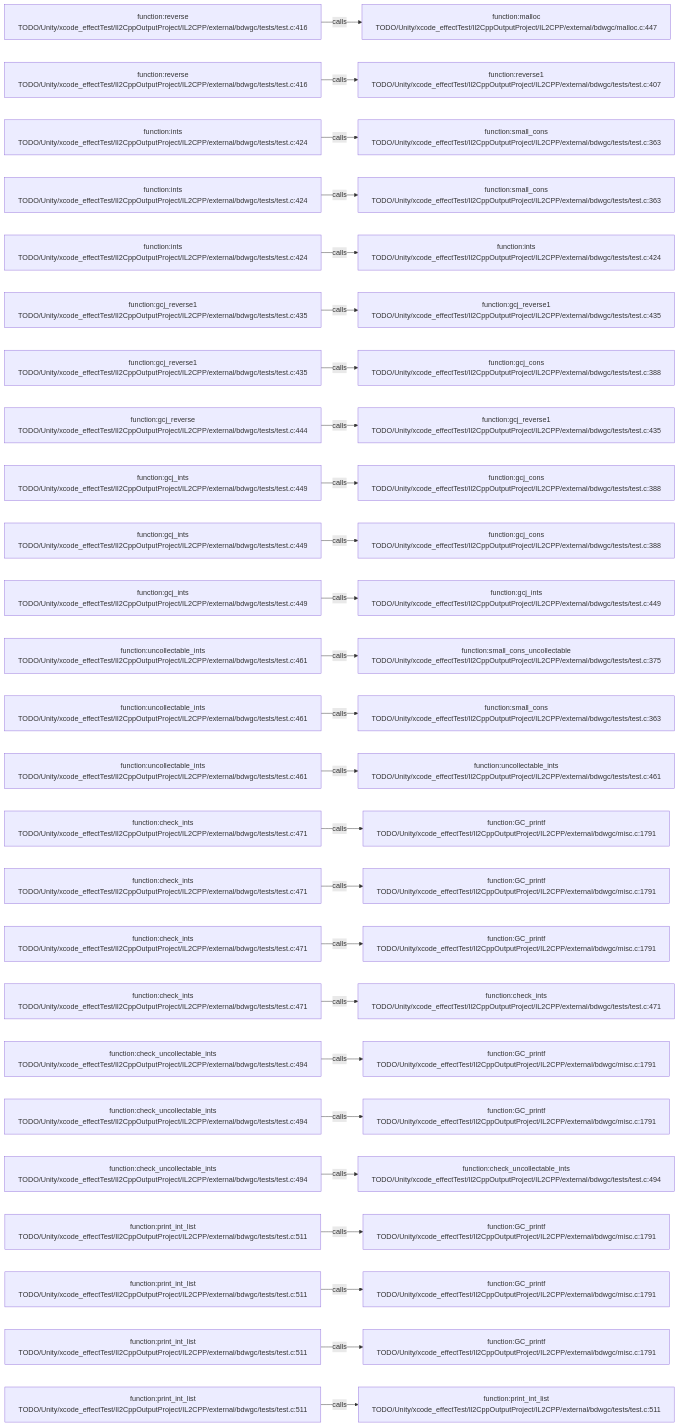
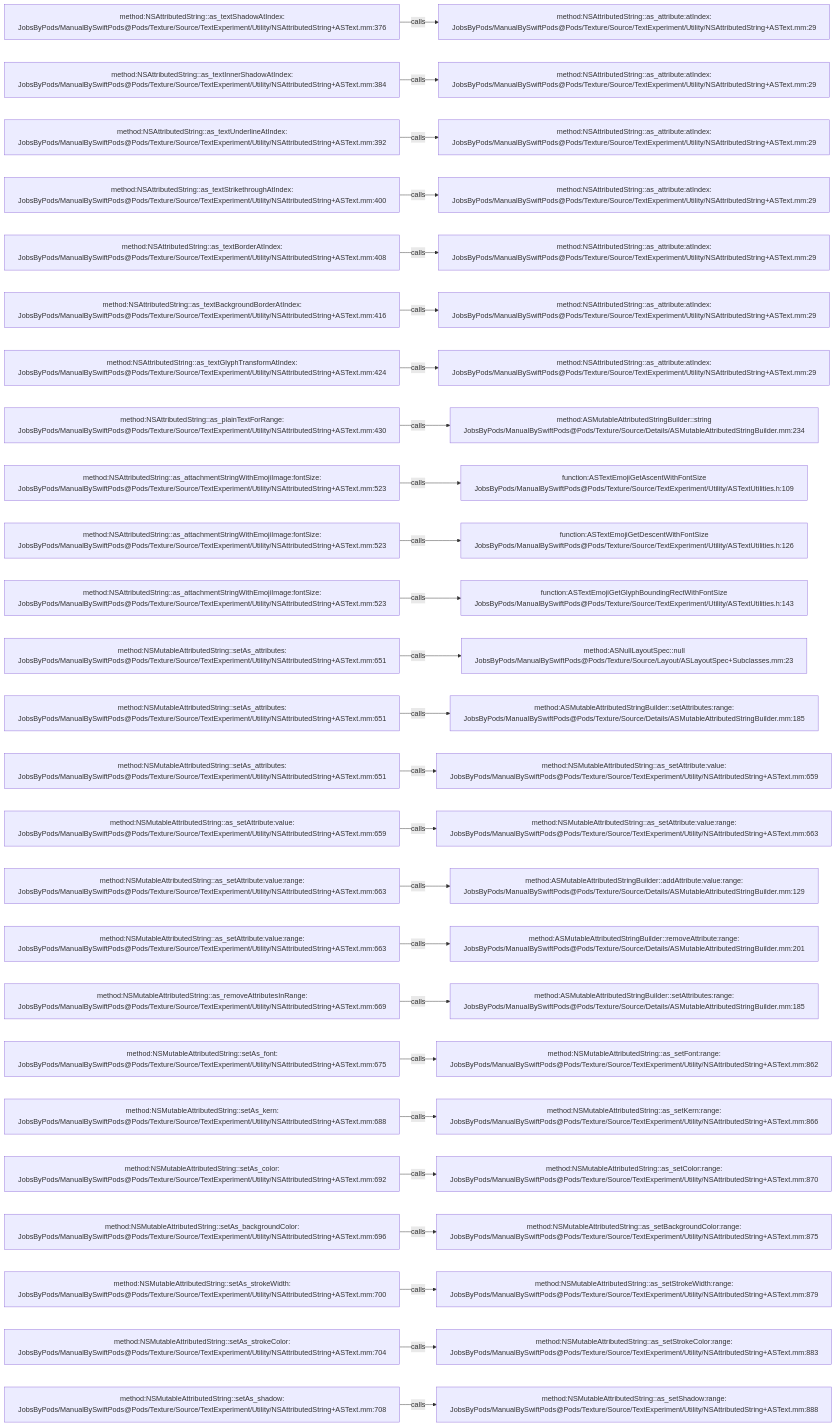
Before and after one commit to JobsKits/JobsSwiftBaseConfigDemo: the diagram in .codegraph/codegraph.md/graphs/calls-162.md, drawn with Mermaid. The commit also changed 2959 other files, not shown here.

````diff
--- a/.codegraph/codegraph.md/graphs/calls-162.md
+++ b/.codegraph/codegraph.md/graphs/calls-162.md
@@ -13,78 +13,78 @@
 ```mermaid
 flowchart LR
-  S1["function:reverse<br/>TODO/Unity/xcode_effectTest/Il2CppOutputProject/IL2CPP/external/bdwgc/tests/test.c:416"]
-  T1["function:malloc<br/>TODO/Unity/xcode_effectTest/Il2CppOutputProject/IL2CPP/external/bdwgc/malloc.c:447"]
+  S1["method:NSAttributedString::as_textShadowAtIndex:<br/>JobsByPods/ManualBySwiftPods@Pods/Texture/Source/TextExperiment/Utility/NSAttributedString+ASText.mm:376"]
+  T1["method:NSAttributedString::as_attribute:atIndex:<br/>JobsByPods/ManualBySwiftPods@Pods/Texture/Source/TextExperiment/Utility/NSAttributedString+ASText.mm:29"]
   S1 -->|calls| T1
-  S2["function:reverse<br/>TODO/Unity/xcode_effectTest/Il2CppOutputProject/IL2CPP/external/bdwgc/tests/test.c:416"]
-  T2["function:reverse1<br/>TODO/Unity/xcode_effectTest/Il2CppOutputProject/IL2CPP/external/bdwgc/tests/test.c:407"]
+  S2["method:NSAttributedString::as_textInnerShadowAtIndex:<br/>JobsByPods/ManualBySwiftPods@Pods/Texture/Source/TextExperiment/Utility/NSAttributedString+ASText.mm:384"]
+  T2["method:NSAttributedString::as_attribute:atIndex:<br/>JobsByPods/ManualBySwiftPods@Pods/Texture/Source/TextExperiment/Utility/NSAttributedString+ASText.mm:29"]
   S2 -->|calls| T2
-  S3["function:ints<br/>TODO/Unity/xcode_effectTest/Il2CppOutputProject/IL2CPP/external/bdwgc/tests/test.c:424"]
-  T3["function:small_cons<br/>TODO/Unity/xcode_effectTest/Il2CppOutputProject/IL2CPP/external/bdwgc/tests/test.c:363"]
+  S3["method:NSAttributedString::as_textUnderlineAtIndex:<br/>JobsByPods/ManualBySwiftPods@Pods/Texture/Source/TextExperiment/Utility/NSAttributedString+ASText.mm:392"]
+  T3["method:NSAttributedString::as_attribute:atIndex:<br/>JobsByPods/ManualBySwiftPods@Pods/Texture/Source/TextExperiment/Utility/NSAttributedString+ASText.mm:29"]
   S3 -->|calls| T3
-  S4["function:ints<br/>TODO/Unity/xcode_effectTest/Il2CppOutputProject/IL2CPP/external/bdwgc/tests/test.c:424"]
-  T4["function:small_cons<br/>TODO/Unity/xcode_effectTest/Il2CppOutputProject/IL2CPP/external/bdwgc/tests/test.c:363"]
+  S4["method:NSAttributedString::as_textStrikethroughAtIndex:<br/>JobsByPods/ManualBySwiftPods@Pods/Texture/Source/TextExperiment/Utility/NSAttributedString+ASText.mm:400"]
+  T4["method:NSAttributedString::as_attribute:atIndex:<br/>JobsByPods/ManualBySwiftPods@Pods/Texture/Source/TextExperiment/Utility/NSAttributedString+ASText.mm:29"]
   S4 -->|calls| T4
-  S5["function:ints<br/>TODO/Unity/xcode_effectTest/Il2CppOutputProject/IL2CPP/external/bdwgc/tests/test.c:424"]
-  T5["function:ints<br/>TODO/Unity/xcode_effectTest/Il2CppOutputProject/IL2CPP/external/bdwgc/tests/test.c:424"]
+  S5["method:NSAttributedString::as_textBorderAtIndex:<br/>JobsByPods/ManualBySwiftPods@Pods/Texture/Source/TextExperiment/Utility/NSAttributedString+ASText.mm:408"]
+  T5["method:NSAttributedString::as_attribute:atIndex:<br/>JobsByPods/ManualBySwiftPods@Pods/Texture/Source/TextExperiment/Utility/NSAttributedString+ASText.mm:29"]
   S5 -->|calls| T5
-  S6["function:gcj_reverse1<br/>TODO/Unity/xcode_effectTest/Il2CppOutputProject/IL2CPP/external/bdwgc/tests/test.c:435"]
-  T6["function:gcj_reverse1<br/>TODO/Unity/xcode_effectTest/Il2CppOutputProject/IL2CPP/external/bdwgc/tests/test.c:435"]
+  S6["method:NSAttributedString::as_textBackgroundBorderAtIndex:<br/>JobsByPods/ManualBySwiftPods@Pods/Texture/Source/TextExperiment/Utility/NSAttributedString+ASText.mm:416"]
+  T6["method:NSAttributedString::as_attribute:atIndex:<br/>JobsByPods/ManualBySwiftPods@Pods/Texture/Source/TextExperiment/Utility/NSAttributedString+ASText.mm:29"]
   S6 -->|calls| T6
-  S7["function:gcj_reverse1<br/>TODO/Unity/xcode_effectTest/Il2CppOutputProject/IL2CPP/external/bdwgc/tests/test.c:435"]
-  T7["function:gcj_cons<br/>TODO/Unity/xcode_effectTest/Il2CppOutputProject/IL2CPP/external/bdwgc/tests/test.c:388"]
+  S7["method:NSAttributedString::as_textGlyphTransformAtIndex:<br/>JobsByPods/ManualBySwiftPods@Pods/Texture/Source/TextExperiment/Utility/NSAttributedString+ASText.mm:424"]
+  T7["method:NSAttributedString::as_attribute:atIndex:<br/>JobsByPods/ManualBySwiftPods@Pods/Texture/Source/TextExperiment/Utility/NSAttributedString+ASText.mm:29"]
   S7 -->|calls| T7
-  S8["function:gcj_reverse<br/>TODO/Unity/xcode_effectTest/Il2CppOutputProject/IL2CPP/external/bdwgc/tests/test.c:444"]
-  T8["function:gcj_reverse1<br/>TODO/Unity/xcode_effectTest/Il2CppOutputProject/IL2CPP/external/bdwgc/tests/test.c:435"]
+  S8["method:NSAttributedString::as_plainTextForRange:<br/>JobsByPods/ManualBySwiftPods@Pods/Texture/Source/TextExperiment/Utility/NSAttributedString+ASText.mm:430"]
+  T8["method:ASMutableAttributedStringBuilder::string<br/>JobsByPods/ManualBySwiftPods@Pods/Texture/Source/Details/ASMutableAttributedStringBuilder.mm:234"]
   S8 -->|calls| T8
-  S9["function:gcj_ints<br/>TODO/Unity/xcode_effectTest/Il2CppOutputProject/IL2CPP/external/bdwgc/tests/test.c:449"]
-  T9["function:gcj_cons<br/>TODO/Unity/xcode_effectTest/Il2CppOutputProject/IL2CPP/external/bdwgc/tests/test.c:388"]
+  S9["method:NSAttributedString::as_attachmentStringWithEmojiImage:fontSize:<br/>JobsByPods/ManualBySwiftPods@Pods/Texture/Source/TextExperiment/Utility/NSAttributedString+ASText.mm:523"]
+  T9["function:ASTextEmojiGetAscentWithFontSize<br/>JobsByPods/ManualBySwiftPods@Pods/Texture/Source/TextExperiment/Utility/ASTextUtilities.h:109"]
   S9 -->|calls| T9
-  S10["function:gcj_ints<br/>TODO/Unity/xcode_effectTest/Il2CppOutputProject/IL2CPP/external/bdwgc/tests/test.c:449"]
-  T10["function:gcj_cons<br/>TODO/Unity/xcode_effectTest/Il2CppOutputProject/IL2CPP/external/bdwgc/tests/test.c:388"]
+  S10["method:NSAttributedString::as_attachmentStringWithEmojiImage:fontSize:<br/>JobsByPods/ManualBySwiftPods@Pods/Texture/Source/TextExperiment/Utility/NSAttributedString+ASText.mm:523"]
+  T10["function:ASTextEmojiGetDescentWithFontSize<br/>JobsByPods/ManualBySwiftPods@Pods/Texture/Source/TextExperiment/Utility/ASTextUtilities.h:126"]
   S10 -->|calls| T10
-  S11["function:gcj_ints<br/>TODO/Unity/xcode_effectTest/Il2CppOutputProject/IL2CPP/external/bdwgc/tests/test.c:449"]
-  T11["function:gcj_ints<br/>TODO/Unity/xcode_effectTest/Il2CppOutputProject/IL2CPP/external/bdwgc/tests/test.c:449"]
+  S11["method:NSAttributedString::as_attachmentStringWithEmojiImage:fontSize:<br/>JobsByPods/ManualBySwiftPods@Pods/Texture/Source/TextExperiment/Utility/NSAttributedString+ASText.mm:523"]
+  T11["function:ASTextEmojiGetGlyphBoundingRectWithFontSize<br/>JobsByPods/ManualBySwiftPods@Pods/Texture/Source/TextExperiment/Utility/ASTextUtilities.h:143"]
   S11 -->|calls| T11
-  S12["function:uncollectable_ints<br/>TODO/Unity/xcode_effectTest/Il2CppOutputProject/IL2CPP/external/bdwgc/tests/test.c:461"]
-  T12["function:small_cons_uncollectable<br/>TODO/Unity/xcode_effectTest/Il2CppOutputProject/IL2CPP/external/bdwgc/tests/test.c:375"]
+  S12["method:NSMutableAttributedString::setAs_attributes:<br/>JobsByPods/ManualBySwiftPods@Pods/Texture/Source/TextExperiment/Utility/NSAttributedString+ASText.mm:651"]
+  T12["method:ASNullLayoutSpec::null<br/>JobsByPods/ManualBySwiftPods@Pods/Texture/Source/Layout/ASLayoutSpec+Subclasses.mm:23"]
   S12 -->|calls| T12
-  S13["function:uncollectable_ints<br/>TODO/Unity/xcode_effectTest/Il2CppOutputProject/IL2CPP/external/bdwgc/tests/test.c:461"]
-  T13["function:small_cons<br/>TODO/Unity/xcode_effectTest/Il2CppOutputProject/IL2CPP/external/bdwgc/tests/test.c:363"]
+  S13["method:NSMutableAttributedString::setAs_attributes:<br/>JobsByPods/ManualBySwiftPods@Pods/Texture/Source/TextExperiment/Utility/NSAttributedString+ASText.mm:651"]
+  T13["method:ASMutableAttributedStringBuilder::setAttributes:range:<br/>JobsByPods/ManualBySwiftPods@Pods/Texture/Source/Details/ASMutableAttributedStringBuilder.mm:185"]
   S13 -->|calls| T13
-  S14["function:uncollectable_ints<br/>TODO/Unity/xcode_effectTest/Il2CppOutputProject/IL2CPP/external/bdwgc/tests/test.c:461"]
-  T14["function:uncollectable_ints<br/>TODO/Unity/xcode_effectTest/Il2CppOutputProject/IL2CPP/external/bdwgc/tests/test.c:461"]
+  S14["method:NSMutableAttributedString::setAs_attributes:<br/>JobsByPods/ManualBySwiftPods@Pods/Texture/Source/TextExperiment/Utility/NSAttributedString+ASText.mm:651"]
+  T14["method:NSMutableAttributedString::as_setAttribute:value:<br/>JobsByPods/ManualBySwiftPods@Pods/Texture/Source/TextExperiment/Utility/NSAttributedString+ASText.mm:659"]
   S14 -->|calls| T14
-  S15["function:check_ints<br/>TODO/Unity/xcode_effectTest/Il2CppOutputProject/IL2CPP/external/bdwgc/tests/test.c:471"]
-  T15["function:GC_printf<br/>TODO/Unity/xcode_effectTest/Il2CppOutputProject/IL2CPP/external/bdwgc/misc.c:1791"]
+  S15["method:NSMutableAttributedString::as_setAttribute:value:<br/>JobsByPods/ManualBySwiftPods@Pods/Texture/Source/TextExperiment/Utility/NSAttributedString+ASText.mm:659"]
+  T15["method:NSMutableAttributedString::as_setAttribute:value:range:<br/>JobsByPods/ManualBySwiftPods@Pods/Texture/Source/TextExperiment/Utility/NSAttributedString+ASText.mm:663"]
   S15 -->|calls| T15
-  S16["function:check_ints<br/>TODO/Unity/xcode_effectTest/Il2CppOutputProject/IL2CPP/external/bdwgc/tests/test.c:471"]
-  T16["function:GC_printf<br/>TODO/Unity/xcode_effectTest/Il2CppOutputProject/IL2CPP/external/bdwgc/misc.c:1791"]
+  S16["method:NSMutableAttributedString::as_setAttribute:value:range:<br/>JobsByPods/ManualBySwiftPods@Pods/Texture/Source/TextExperiment/Utility/NSAttributedString+ASText.mm:663"]
+  T16["method:ASMutableAttributedStringBuilder::addAttribute:value:range:<br/>JobsByPods/ManualBySwiftPods@Pods/Texture/Source/Details/ASMutableAttributedStringBuilder.mm:129"]
   S16 -->|calls| T16
-  S17["function:check_ints<br/>TODO/Unity/xcode_effectTest/Il2CppOutputProject/IL2CPP/external/bdwgc/tests/test.c:471"]
-  T17["function:GC_printf<br/>TODO/Unity/xcode_effectTest/Il2CppOutputProject/IL2CPP/external/bdwgc/misc.c:1791"]
+  S17["method:NSMutableAttributedString::as_setAttribute:value:range:<br/>JobsByPods/ManualBySwiftPods@Pods/Texture/Source/TextExperiment/Utility/NSAttributedString+ASText.mm:663"]
+  T17["method:ASMutableAttributedStringBuilder::removeAttribute:range:<br/>JobsByPods/ManualBySwiftPods@Pods/Texture/Source/Details/ASMutableAttributedStringBuilder.mm:201"]
   S17 -->|calls| T17
-  S18["function:check_ints<br/>TODO/Unity/xcode_effectTest/Il2CppOutputProject/IL2CPP/external/bdwgc/tests/test.c:471"]
-  T18["function:check_ints<br/>TODO/Unity/xcode_effectTest/Il2CppOutputProject/IL2CPP/external/bdwgc/tests/test.c:471"]
+  S18["method:NSMutableAttributedString::as_removeAttributesInRange:<br/>JobsByPods/ManualBySwiftPods@Pods/Texture/Source/TextExperiment/Utility/NSAttributedString+ASText.mm:669"]
+  T18["method:ASMutableAttributedStringBuilder::setAttributes:range:<br/>JobsByPods/ManualBySwiftPods@Pods/Texture/Source/Details/ASMutableAttributedStringBuilder.mm:185"]
   S18 -->|calls| T18
-  S19["function:check_uncollectable_ints<br/>TODO/Unity/xcode_effectTest/Il2CppOutputProject/IL2CPP/external/bdwgc/tests/test.c:494"]
-  T19["function:GC_printf<br/>TODO/Unity/xcode_effectTest/Il2CppOutputProject/IL2CPP/external/bdwgc/misc.c:1791"]
+  S19["method:NSMutableAttributedString::setAs_font:<br/>JobsByPods/ManualBySwiftPods@Pods/Texture/Source/TextExperiment/Utility/NSAttributedString+ASText.mm:675"]
+  T19["method:NSMutableAttributedString::as_setFont:range:<br/>JobsByPods/ManualBySwiftPods@Pods/Texture/Source/TextExperiment/Utility/NSAttributedString+ASText.mm:862"]
   S19 -->|calls| T19
-  S20["function:check_uncollectable_ints<br/>TODO/Unity/xcode_effectTest/Il2CppOutputProject/IL2CPP/external/bdwgc/tests/test.c:494"]
-  T20["function:GC_printf<br/>TODO/Unity/xcode_effectTest/Il2CppOutputProject/IL2CPP/external/bdwgc/misc.c:1791"]
+  S20["method:NSMutableAttributedString::setAs_kern:<br/>JobsByPods/ManualBySwiftPods@Pods/Texture/Source/TextExperiment/Utility/NSAttributedString+ASText.mm:688"]
+  T20["method:NSMutableAttributedString::as_setKern:range:<br/>JobsByPods/ManualBySwiftPods@Pods/Texture/Source/TextExperiment/Utility/NSAttributedString+ASText.mm:866"]
   S20 -->|calls| T20
-  S21["function:check_uncollectable_ints<br/>TODO/Unity/xcode_effectTest/Il2CppOutputProject/IL2CPP/external/bdwgc/tests/test.c:494"]
-  T21["function:check_uncollectable_ints<br/>TODO/Unity/xcode_effectTest/Il2CppOutputProject/IL2CPP/external/bdwgc/tests/test.c:494"]
+  S21["method:NSMutableAttributedString::setAs_color:<br/>JobsByPods/ManualBySwiftPods@Pods/Texture/Source/TextExperiment/Utility/NSAttributedString+ASText.mm:692"]
+  T21["method:NSMutableAttributedString::as_setColor:range:<br/>JobsByPods/ManualBySwiftPods@Pods/Texture/Source/TextExperiment/Utility/NSAttributedString+ASText.mm:870"]
   S21 -->|calls| T21
-  S22["function:print_int_list<br/>TODO/Unity/xcode_effectTest/Il2CppOutputProject/IL2CPP/external/bdwgc/tests/test.c:511"]
-  T22["function:GC_printf<br/>TODO/Unity/xcode_effectTest/Il2CppOutputProject/IL2CPP/external/bdwgc/misc.c:1791"]
+  S22["method:NSMutableAttributedString::setAs_backgroundColor:<br/>JobsByPods/ManualBySwiftPods@Pods/Texture/Source/TextExperiment/Utility/NSAttributedString+ASText.mm:696"]
+  T22["method:NSMutableAttributedString::as_setBackgroundColor:range:<br/>JobsByPods/ManualBySwiftPods@Pods/Texture/Source/TextExperiment/Utility/NSAttributedString+ASText.mm:875"]
   S22 -->|calls| T22
-  S23["function:print_int_list<br/>TODO/Unity/xcode_effectTest/Il2CppOutputProject/IL2CPP/external/bdwgc/tests/test.c:511"]
-  T23["function:GC_printf<br/>TODO/Unity/xcode_effectTest/Il2CppOutputProject/IL2CPP/external/bdwgc/misc.c:1791"]
+  S23["method:NSMutableAttributedString::setAs_strokeWidth:<br/>JobsByPods/ManualBySwiftPods@Pods/Texture/Source/TextExperiment/Utility/NSAttributedString+ASText.mm:700"]
+  T23["method:NSMutableAttributedString::as_setStrokeWidth:range:<br/>JobsByPods/ManualBySwiftPods@Pods/Texture/Source/TextExperiment/Utility/NSAttributedString+ASText.mm:879"]
   S23 -->|calls| T23
-  S24["function:print_int_list<br/>TODO/Unity/xcode_effectTest/Il2CppOutputProject/IL2CPP/external/bdwgc/tests/test.c:511"]
-  T24["function:GC_printf<br/>TODO/Unity/xcode_effectTest/Il2CppOutputProject/IL2CPP/external/bdwgc/misc.c:1791"]
+  S24["method:NSMutableAttributedString::setAs_strokeColor:<br/>JobsByPods/ManualBySwiftPods@Pods/Texture/Source/TextExperiment/Utility/NSAttributedString+ASText.mm:704"]
+  T24["method:NSMutableAttributedString::as_setStrokeColor:range:<br/>JobsByPods/ManualBySwiftPods@Pods/Texture/Source/TextExperiment/Utility/NSAttributedString+ASText.mm:883"]
   S24 -->|calls| T24
-  S25["function:print_int_list<br/>TODO/Unity/xcode_effectTest/Il2CppOutputProject/IL2CPP/external/bdwgc/tests/test.c:511"]
-  T25["function:print_int_list<br/>TODO/Unity/xcode_effectTest/Il2CppOutputProject/IL2CPP/external/bdwgc/tests/test.c:511"]
+  S25["method:NSMutableAttributedString::setAs_shadow:<br/>JobsByPods/ManualBySwiftPods@Pods/Texture/Source/TextExperiment/Utility/NSAttributedString+ASText.mm:708"]
+  T25["method:NSMutableAttributedString::as_setShadow:range:<br/>JobsByPods/ManualBySwiftPods@Pods/Texture/Source/TextExperiment/Utility/NSAttributedString+ASText.mm:888"]
   S25 -->|calls| T25
 ```
````
